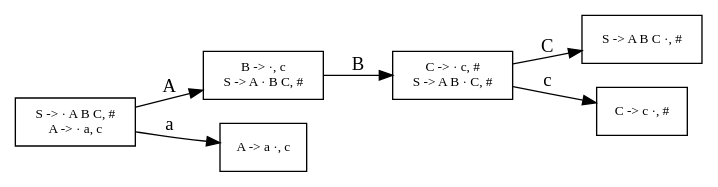
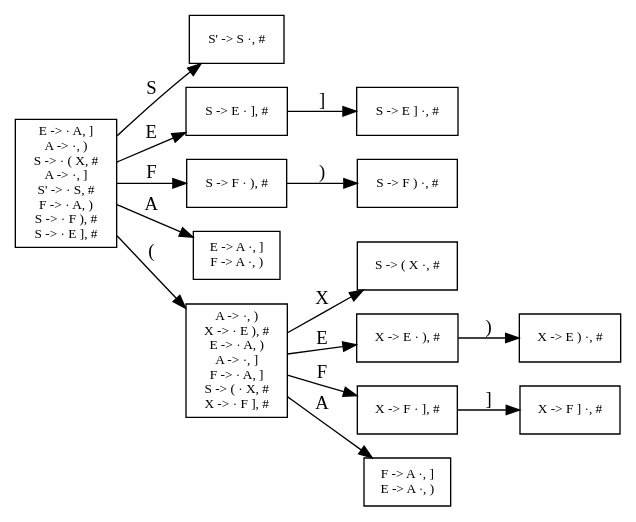
One commit to gmftbyGMFTBY/CCompilerInPython changed the diagram in run/script/parser/pic.gv. Above: the diagram before and after it, drawn with Graphviz. The commit also changed 5 other files, not shown here.

```diff
--- a/run/script/parser/pic.gv
+++ b/run/script/parser/pic.gv
@@ -1,30 +1,74 @@
 digraph LR {
 rankdir=LR;
 size="8.5"
 
-node [shape = box, label="S -> · A B C, #
-A -> · a, c
+node [shape = box, label="E -> · A, ]
+A -> ·, )
+S -> · ( X, #
+A -> ·, ]
+S' -> · S, #
+F -> · A, )
+S -> · F ), #
+S -> · E ], #
 ", fontsize = 10] 0;
-node [shape = box, label="B -> ·, c
-S -> A · B C, #
+node [shape = box, label="S' -> S ·, #
 ", fontsize = 10] 1;
-node [shape = box, label="A -> a ·, c
+node [shape = box, label="S -> E · ], #
 ", fontsize = 10] 2;
-node [shape = box, label="C -> · c, #
-S -> A B · C, #
+node [shape = box, label="S -> F · ), #
 ", fontsize = 10] 3;
-node [shape = box, label="S -> A B C ·, #
+node [shape = box, label="E -> A ·, ]
+F -> A ·, )
 ", fontsize = 10] 4;
-node [shape = box, label="C -> c ·, #
+node [shape = box, label="A -> ·, )
+X -> · E ), #
+E -> · A, )
+A -> ·, ]
+F -> · A, ]
+S -> ( · X, #
+X -> · F ], #
 ", fontsize = 10] 5;
-0 -> 1  [label = " A
+node [shape = box, label="S -> E ] ·, #
+", fontsize = 10] 6;
+node [shape = box, label="S -> F ) ·, #
+", fontsize = 10] 7;
+node [shape = box, label="S -> ( X ·, #
+", fontsize = 10] 8;
+node [shape = box, label="X -> E · ), #
+", fontsize = 10] 9;
+node [shape = box, label="X -> F · ], #
+", fontsize = 10] 10;
+node [shape = box, label="F -> A ·, ]
+E -> A ·, )
+", fontsize = 10] 11;
+node [shape = box, label="X -> E ) ·, #
+", fontsize = 10] 12;
+node [shape = box, label="X -> F ] ·, #
+", fontsize = 10] 13;
+0 -> 1  [label = " S
 "];
-0 -> 2  [label = " a
+0 -> 2  [label = " E
 "];
-1 -> 3  [label = " B
+0 -> 3  [label = " F
 "];
-3 -> 4  [label = " C
+0 -> 4  [label = " A
 "];
-3 -> 5  [label = " c
+0 -> 5  [label = " (
+"];
+2 -> 6  [label = " ]
+"];
+3 -> 7  [label = " )
+"];
+5 -> 8  [label = " X
+"];
+5 -> 9  [label = " E
+"];
+5 -> 10  [label = " F
+"];
+5 -> 11  [label = " A
+"];
+9 -> 12  [label = " )
+"];
+10 -> 13  [label = " ]
 "];
 }
```
